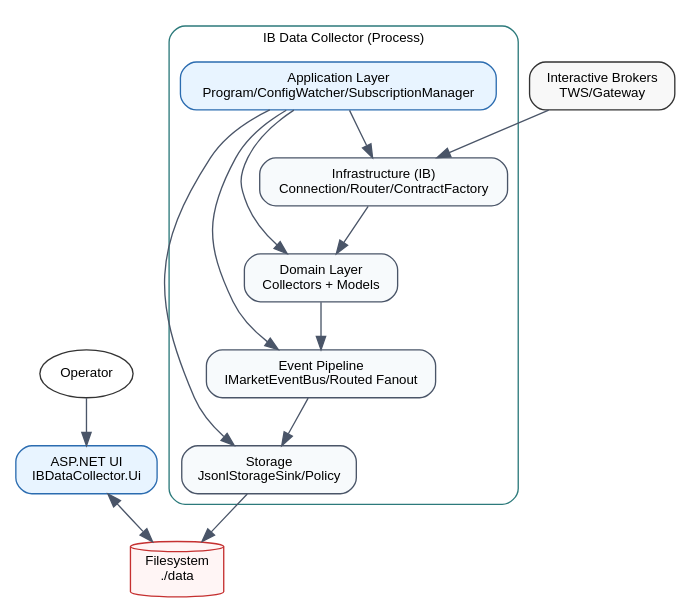
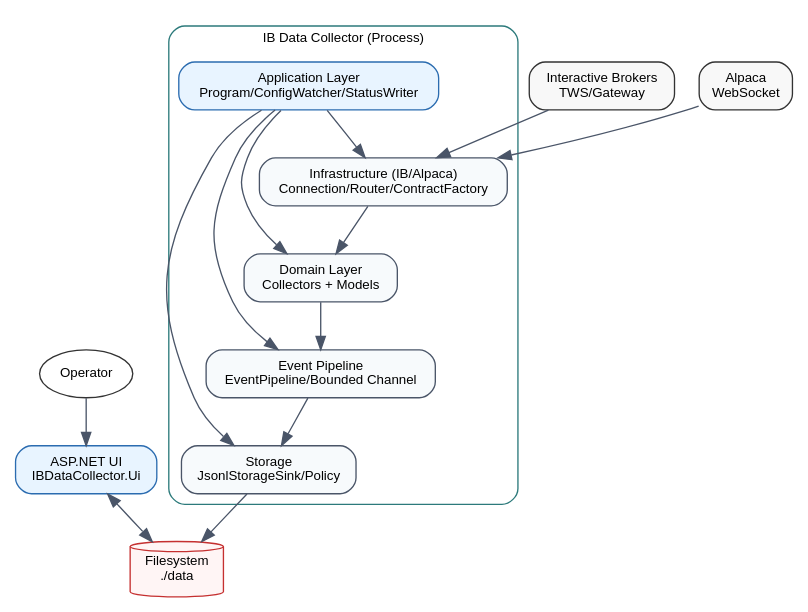
Before and after one commit to rodoHasArrived/Market-Data-Collector: the diagram in IBDataCollector_WithAlpaca_BboQuote/docs/diagrams/c4-level2-containers.dot, drawn with Graphviz. The commit also changed 8 other files, not shown here.

```diff
--- a/IBDataCollector_WithAlpaca_BboQuote/docs/diagrams/c4-level2-containers.dot
+++ b/IBDataCollector_WithAlpaca_BboQuote/docs/diagrams/c4-level2-containers.dot
@@ -1,46 +1,40 @@
 
     digraph G {
       rankdir=TB;
       graph [fontname="Helvetica", fontsize=10, bgcolor="white"];
       node  [fontname="Helvetica", fontsize=10, shape=box, style="rounded,filled", color="#2b6cb0", fillcolor="#e8f4ff"];
       edge  [fontname="Helvetica", fontsize=10, color="#4a5568"];
 
       Operator [shape=oval, style="filled", fillcolor="#ffffff", color="#333333", label="Operator"];
-      UI [label="ASP.NET UI
-IBDataCollector.Ui", fillcolor="#e8f4ff", color="#2b6cb0"];
-      DISK [shape=cylinder, style="filled", fillcolor="#fff5f5", color="#c53030", label="Filesystem
-./data"];
-      IB [fillcolor="#f8f8f8", color="#333333", label="Interactive Brokers
-TWS/Gateway"];
+      UI [label="ASP.NET UI\nIBDataCollector.Ui", fillcolor="#e8f4ff", color="#2b6cb0"];
+      DISK [shape=cylinder, style="filled", fillcolor="#fff5f5", color="#c53030", label="Filesystem\n./data"];
+      IB [fillcolor="#f8f8f8", color="#333333", label="Interactive Brokers\nTWS/Gateway"];
+      ALP [fillcolor="#f8f8f8", color="#333333", label="Alpaca\nWebSocket"];
 
       subgraph cluster_proc {
         label="IB Data Collector (Process)";
         color="#2c7a7b";
         style="rounded";
 
-        APP [label="Application Layer
-Program/ConfigWatcher/SubscriptionManager"];
-        DOM [label="Domain Layer
-Collectors + Models", fillcolor="#f7fafc", color="#4a5568"];
-        PIPE [label="Event Pipeline
-IMarketEventBus/Routed Fanout", fillcolor="#f7fafc", color="#4a5568"];
-        STOR [label="Storage
-JsonlStorageSink/Policy", fillcolor="#f7fafc", color="#4a5568"];
-        INFRA [label="Infrastructure (IB)
-Connection/Router/ContractFactory", fillcolor="#f7fafc", color="#4a5568"];
+        APP [label="Application Layer\nProgram/ConfigWatcher/StatusWriter"];
+        DOM [label="Domain Layer\nCollectors + Models", fillcolor="#f7fafc", color="#4a5568"];
+        PIPE [label="Event Pipeline\nEventPipeline/Bounded Channel", fillcolor="#f7fafc", color="#4a5568"];
+        STOR [label="Storage\nJsonlStorageSink/Policy", fillcolor="#f7fafc", color="#4a5568"];
+        INFRA [label="Infrastructure (IB/Alpaca)\nConnection/Router/ContractFactory", fillcolor="#f7fafc", color="#4a5568"];
 
         APP -> INFRA;
         APP -> DOM;
         APP -> PIPE;
         APP -> STOR;
 
         INFRA -> DOM;
         DOM -> PIPE;
         PIPE -> STOR;
       }
 
       Operator -> UI;
       UI -> DISK [dir=both];
       IB -> INFRA;
+      ALP -> INFRA;
       STOR -> DISK;
     }
```
